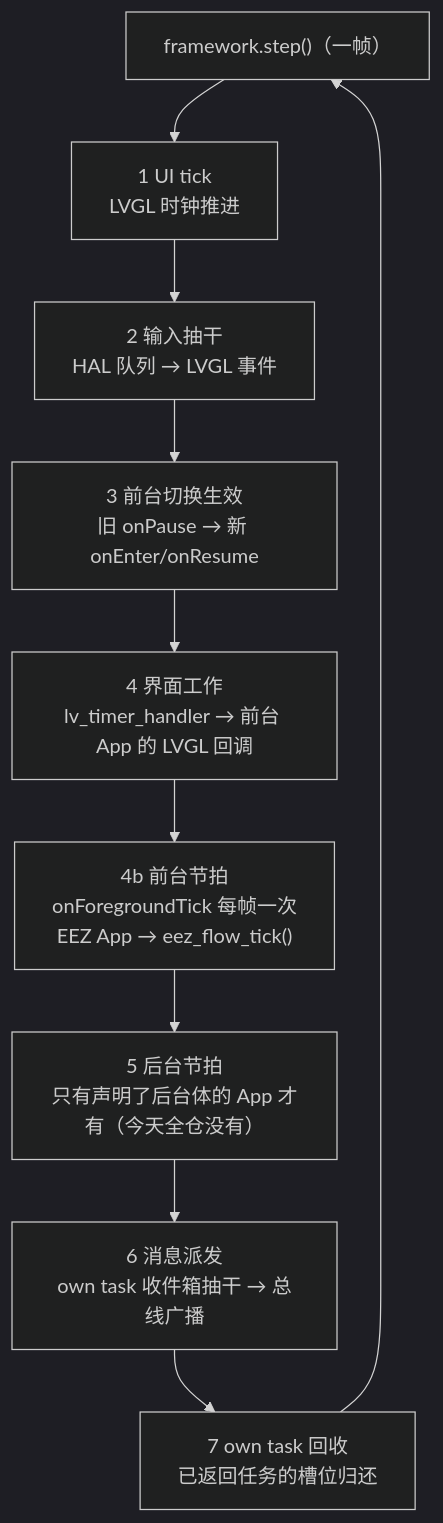
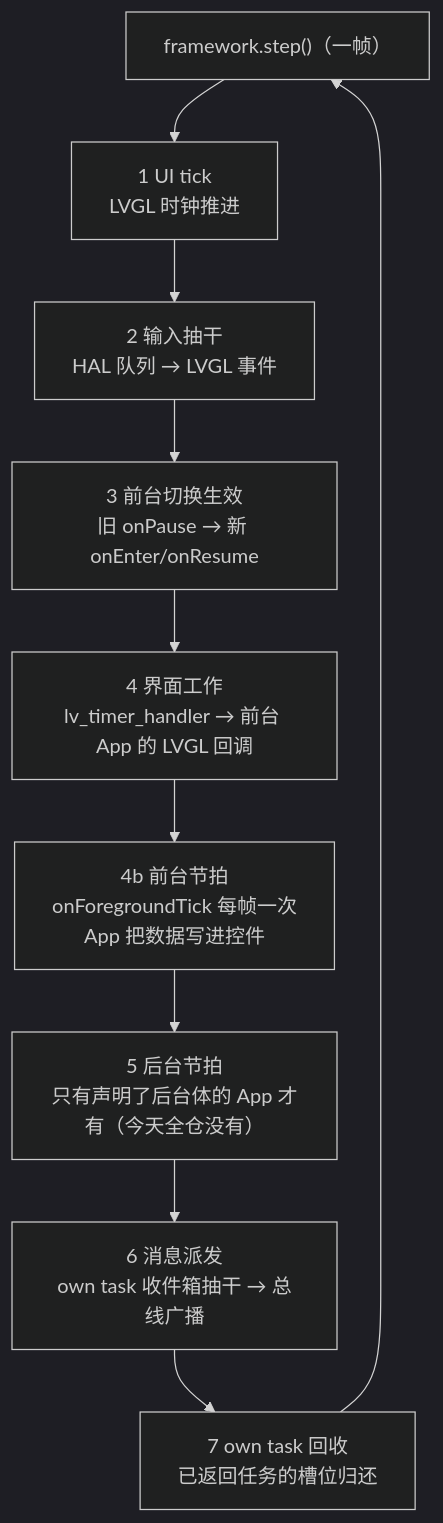
One commit to ruixuezhao890/Embark changed the first of 6 diagrams in docs/concepts/app-lifecycle.md. Above: the diagram before and after it, drawn with Mermaid (dark theme). The commit also changed other lines of this file and 146 other files, not shown here.

````diff
--- a/docs/concepts/app-lifecycle.md
+++ b/docs/concepts/app-lifecycle.md
@@ -24,12 +24,12 @@
 ```mermaid
 flowchart TD
     S0["framework.step()（一帧）"] --> S1["1 UI tick<br/>LVGL 时钟推进"]
     S1 --> S2["2 输入抽干<br/>HAL 队列 → LVGL 事件"]
     S2 --> S3["3 前台切换生效<br/>旧 onPause → 新 onEnter/onResume"]
     S3 --> S4["4 界面工作<br/>lv_timer_handler → 前台 App 的 LVGL 回调"]
-    S4 --> S4b["4b 前台节拍<br/>onForegroundTick 每帧一次<br/>EEZ App → eez_flow_tick()"]
+    S4 --> S4b["4b 前台节拍<br/>onForegroundTick 每帧一次<br/>App 把数据写进控件"]
     S4b --> S5["5 后台节拍<br/>只有声明了后台体的 App 才有（今天全仓没有）"]
     S5 --> S6["6 消息派发<br/>own task 收件箱抽干 → 总线广播"]
     S6 --> S7["7 own task 回收<br/>已返回任务的槽位归还"]
     S7 --> S0
 ```
````
